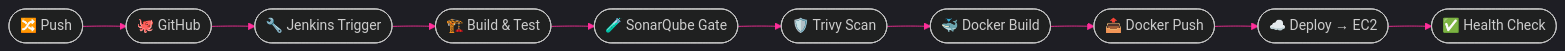
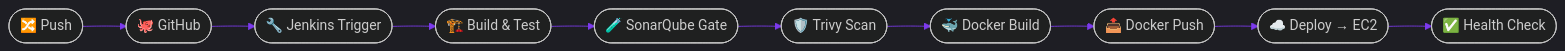
One commit to Adityachandkaushik/Adityachandkaushik changed the first of 2 diagrams in README.md. Above: the diagram before and after it, drawn with Mermaid. The commit also changed other lines of this file, not shown here.

````diff
--- a/README.md
+++ b/README.md
@@ -272,13 +346,13 @@
 ```mermaid
-%%{init: {'theme':'dark', 'themeVariables': {'primaryColor':'#8B5CF6','primaryTextColor':'#fff','primaryBorderColor':'#00F0FF','lineColor':'#FF2E9A','secondaryColor':'#0D0221','tertiaryColor':'#0D0221'}}}%%
+%%{init: {'theme':'dark', 'themeVariables': {'primaryColor':'#0B1020','primaryTextColor':'#F8FAFC','primaryBorderColor':'#00E5FF','lineColor':'#7C3AED','secondaryColor':'#05070D','tertiaryColor':'#05070D'}}}%%
 flowchart LR
     A(["🔀 Push"]) --> B(["🐙 GitHub"])
     B --> C(["🔧 Jenkins Trigger"])
     C --> D(["🏗️ Build & Test"])
     D --> E(["🧪 SonarQube Gate"])
     E --> F(["🛡️ Trivy Scan"])
     F --> G(["🐳 Docker Build"])
     G --> H(["📤 Docker Push"])
     H --> I(["☁️ Deploy → EC2"])
     I --> J(["✅ Health Check"])
 ```
````
